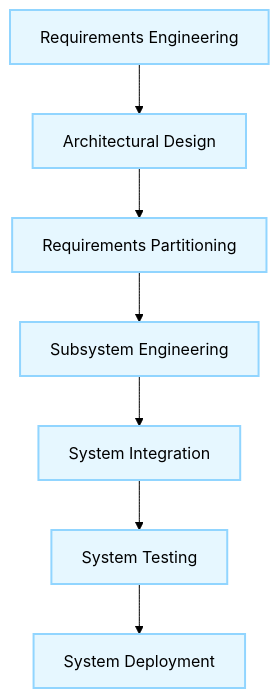
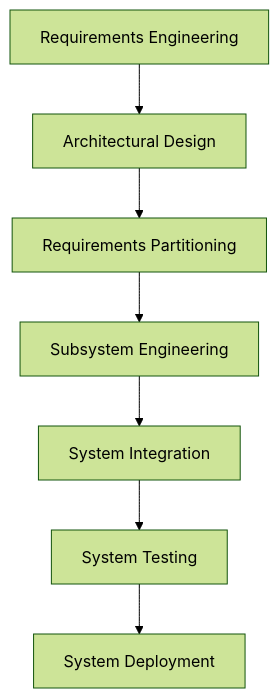
The second of 3 diagrams in docs/mca/se/u12/u12.md (sujith-eag/sujith-library), drawn with Mermaid (forest theme) before and after one commit. The commit also changed other lines of this file and 41 other files, not shown here.

First line of the commit message:
Refactor diagrams and remove redundant styles in documentation

````diff
--- a/docs/mca/se/u12/u12.md
+++ b/docs/mca/se/u12/u12.md
@@ -50,11 +48,10 @@
 ```mermaid
 graph TD
-    classDef activity fill:#e6f7ff,stroke:#91d5ff,stroke-width:2px;
 
     A[Requirements Engineering]:::activity --> B[Architectural Design]:::activity;
     B --> C[Requirements Partitioning]:::activity;
     C --> D[Subsystem Engineering]:::activity;
     D --> E[System Integration]:::activity;
     E --> F[System Testing]:::activity;
     F --> G[System Deployment]:::activity;
 ```
````
